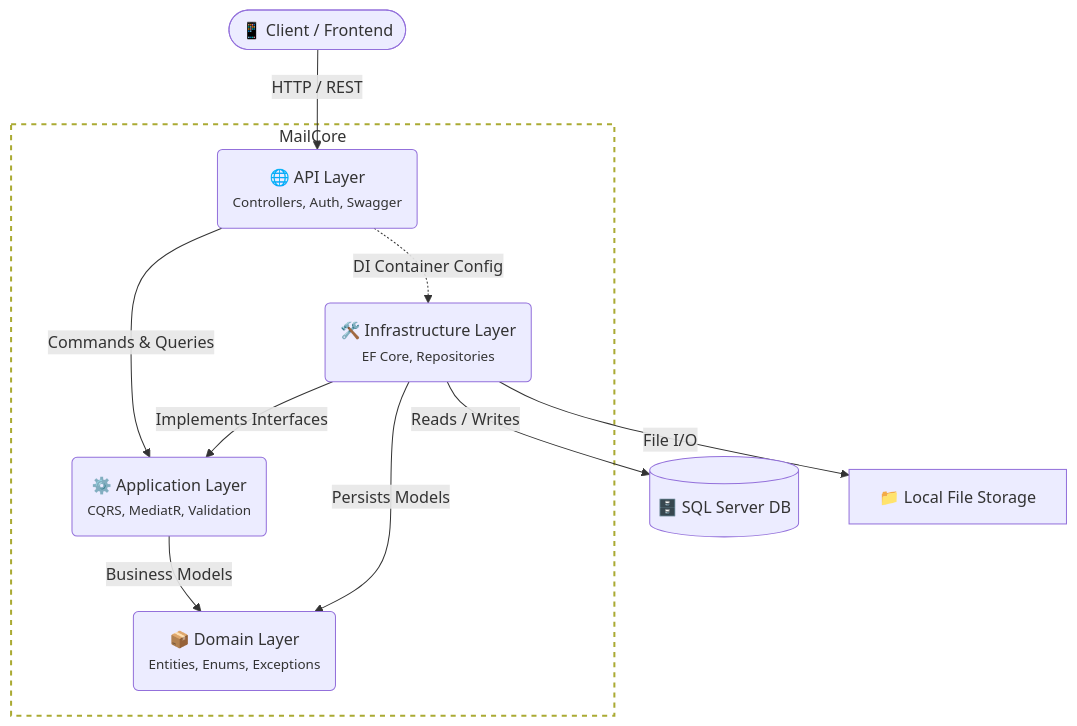
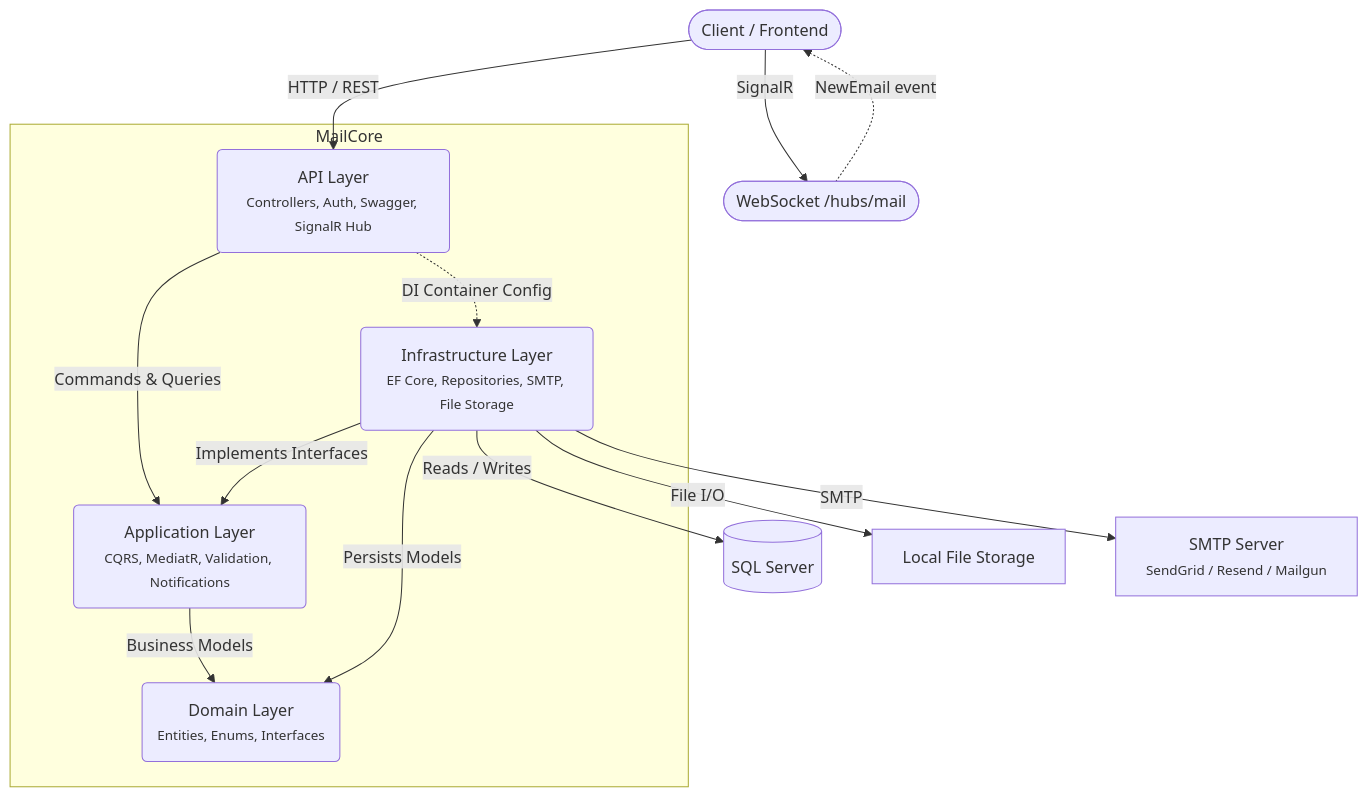
Before and after one commit to Se3do/MailCore-API: the diagram in README.md, drawn with Mermaid. The commit also changed other lines of this file, not shown here.

````diff
--- a/README.md
+++ b/README.md
@@ -20,21 +23,23 @@
 ```mermaid
 flowchart TD
-    Client(["📱 Client / Frontend"]) -->|HTTP / REST| API
+    Client(["Client / Frontend"]) -->|HTTP / REST| API
+    Client -->|SignalR| WS(["WebSocket /hubs/mail"])
     
     subgraph core ["MailCore"]
-        API("🌐 API Layer<br/><small>Controllers, Auth, Swagger</small>")
-        APP("⚙️ Application Layer<br/><small>CQRS, MediatR, Validation</small>")
-        DOMAIN("📦 Domain Layer<br/><small>Entities, Enums, Exceptions</small>")
-        INFRA("🛠️ Infrastructure Layer<br/><small>EF Core, Repositories</small>")
+        API("API Layer<br/><small>Controllers, Auth, Swagger, SignalR Hub</small>")
+        APP("Application Layer<br/><small>CQRS, MediatR, Validation, Notifications</small>")
+        DOMAIN("Domain Layer<br/><small>Entities, Enums, Interfaces</small>")
+        INFRA("Infrastructure Layer<br/><small>EF Core, Repositories, SMTP, File Storage</small>")
         
         API -->|Commands & Queries| APP
         APP -->|Business Models| DOMAIN
         INFRA -->|Implements Interfaces| APP
         INFRA -->|Persists Models| DOMAIN
         API -.->|DI Container Config| INFRA
     end
-    style core fill:transparent,stroke-dasharray: 5 5,stroke-width:2px
 
-    INFRA -->|Reads / Writes| DB[("🗄️ SQL Server DB")]
-    INFRA -->|File I/O| FS["📁 Local File Storage"]
+    INFRA -->|Reads / Writes| DB[("SQL Server")]
+    INFRA -->|File I/O| FS["Local File Storage"]
+    INFRA -->|SMTP| SMTP["SMTP Server<br/><small>SendGrid / Resend / Mailgun</small>"]
+    WS -.->|NewEmail event| Client
 ```
````
